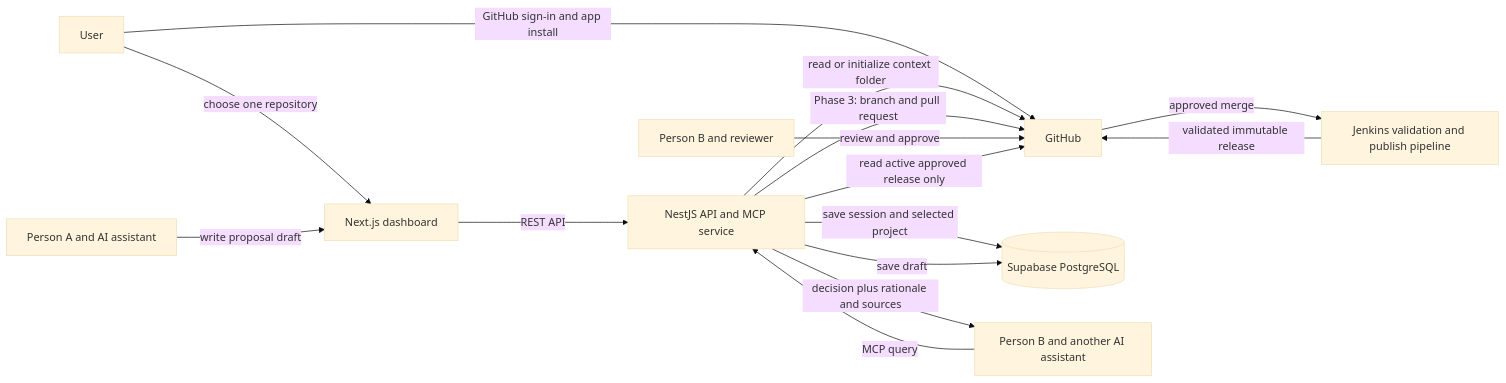
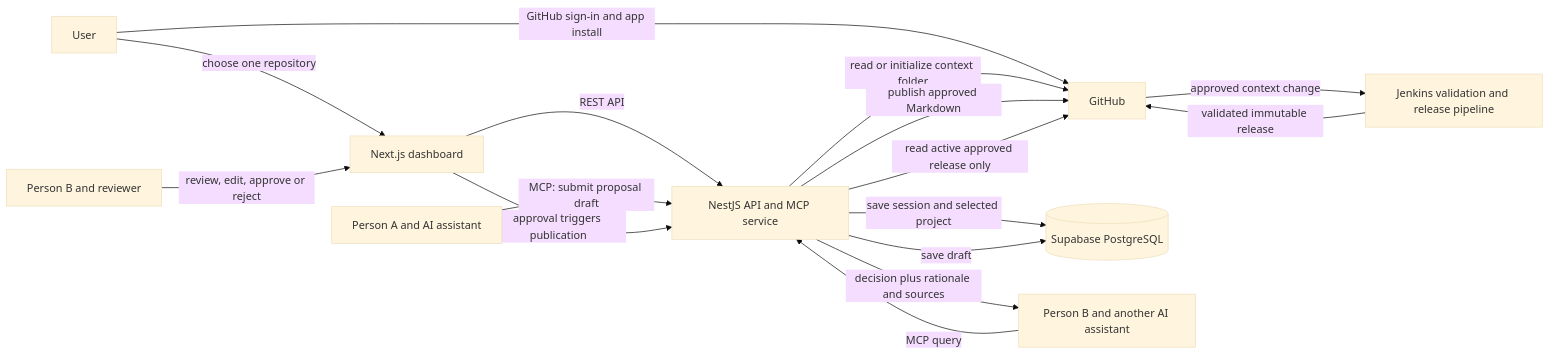
Before and after one commit to Kaushiik-13/contextrepo: the diagram in docs/architecture.md, drawn with Mermaid (base theme). The commit also changed other lines of this file and 2 other files, not shown here.

Commit message:
docs: define ContextOps approval through MCP workflow

````diff
--- a/docs/architecture.md
+++ b/docs/architecture.md
@@ -25,17 +25,18 @@
 ```mermaid
 flowchart LR
   U[User] -->|GitHub sign-in and app install| GH[GitHub]
   U -->|choose one repository| W[Next.js dashboard]
   W -->|REST API| API[NestJS API and MCP service]
   API -->|save session and selected project| DB[(Supabase PostgreSQL)]
   API -->|read or initialize context folder| GH
-  A[Person A and AI assistant] -->|write proposal draft| W
+  A[Person A and AI assistant] -->|MCP: submit proposal draft| API
   API -->|save draft| DB
-  API -->|Phase 3: branch and pull request| GH
-  B[Person B and reviewer] -->|review and approve| GH
-  GH -->|approved merge| CI[Jenkins validation and publish pipeline]
+  B[Person B and reviewer] -->|review, edit, approve or reject| W
+  W -->|approval triggers publication| API
+  API -->|publish approved Markdown| GH
+  GH -->|approved context change| CI[Jenkins validation and release pipeline]
   CI -->|validated immutable release| GH
   C[Person B and another AI assistant] -->|MCP query| API
   API -->|read active approved release only| GH
   API -->|decision plus rationale and sources| C
 ```
````
